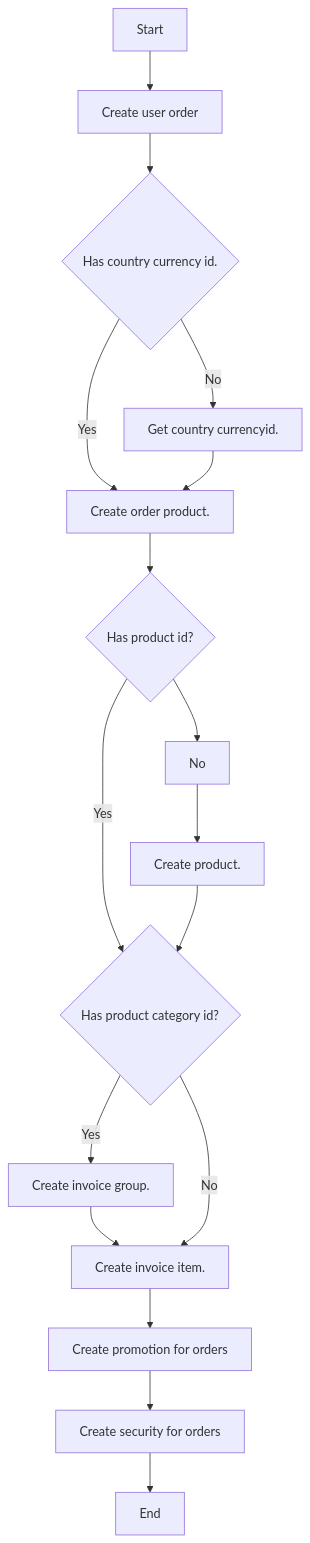
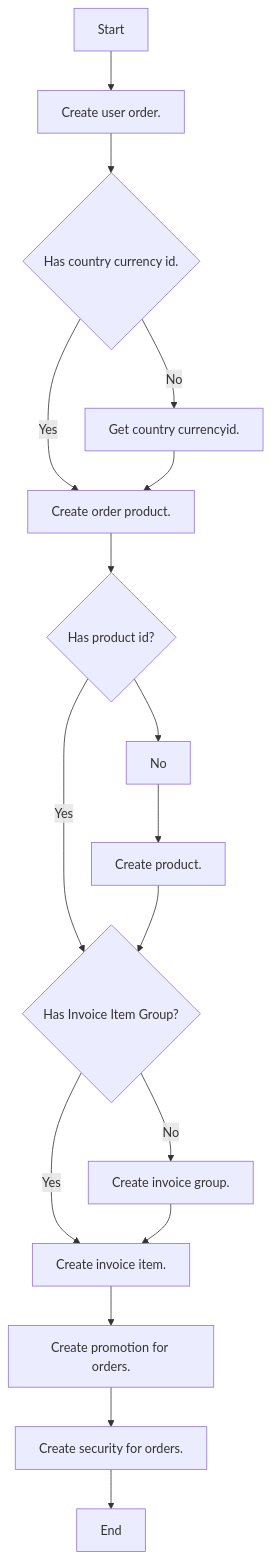
Before and after one commit to OwlTing/SuiteCrmOwlDocs: the third of 3 diagrams in source/includes/_v8api_guideline.md, drawn with Mermaid.

Commit message:
update create sales order flow chart

````diff
--- a/source/includes/_v8api_guideline.md
+++ b/source/includes/_v8api_guideline.md
@@ -268,18 +268,18 @@
 ```mermaid
 graph TD
-    Start[Start] --> A[Create user order]
+    Start[Start] --> A[Create user order.]
     A -->  B{Has country currency id.};
     B -- Yes --> C[Create order product.]
     C --> D{Has product id?}
-    D -- Yes --> E{Has product category id?}
-    E -- Yes --> F[Create invoice group.]
+    D -- Yes --> E{Has Invoice Item Group?}
+    E -- Yes --> G
     F --> G[Create invoice item.]
-    G --> H[Create promotion for orders]
-    H --> I[Create security for orders]
+    G --> H[Create promotion for orders.]
+    H --> I[Create security for orders.]
     I --> End[End]
-    E -- No --> G
+    E -- No --> F[Create invoice group.]
     D --> No --> K[Create product.]
     K --> E
     B -- No --> J[Get country currencyid.]
     J --> C
 ```
````
